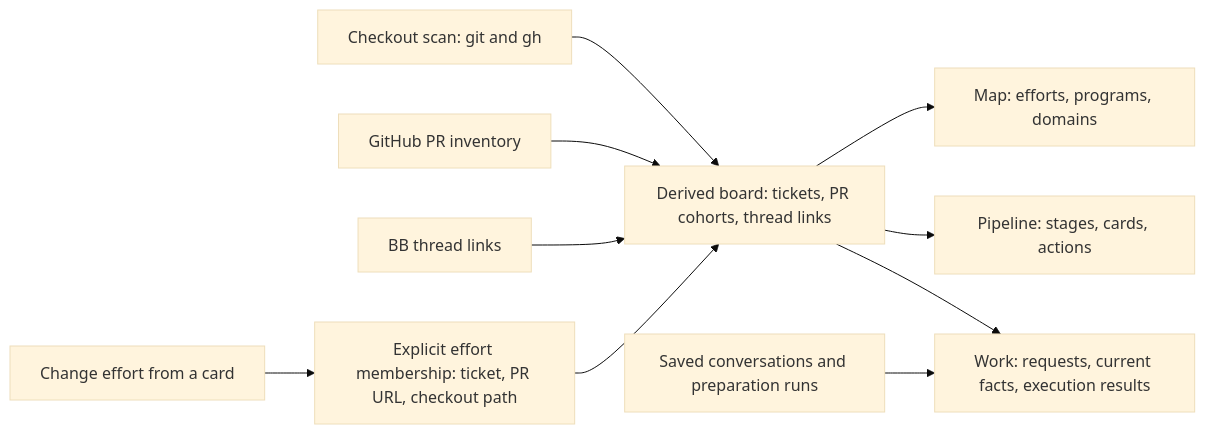
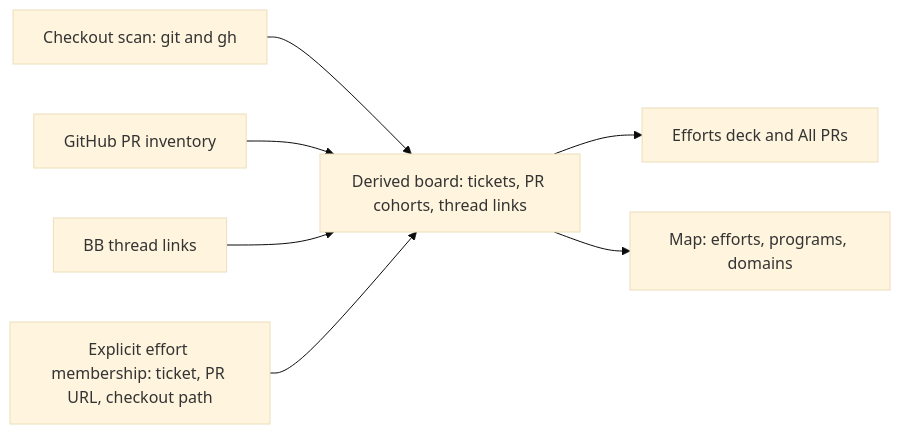
One commit to arashout/bb-plugins changed the first of 2 diagrams in plugins/workstreams/README.md. Above: the diagram before and after it, drawn with Mermaid (base theme). The commit also changed other lines of this file and 61 other files, not shown here.

First line of the commit message:
Remove the Pipeline, Work, and legacy Board views

````diff
--- a/plugins/workstreams/README.md
+++ b/plugins/workstreams/README.md
@@ -117,12 +115,9 @@
 ```mermaid
 flowchart LR
   scan["Checkout scan: git and gh"] --> context["Derived board: tickets, PR cohorts, thread links"]
   inventory["GitHub PR inventory"] --> context
   threads["BB thread links"] --> context
   members["Explicit effort membership: ticket, PR URL, checkout path"] --> context
+  context --> deck["Efforts deck and All PRs"]
   context --> map["Map: efforts, programs, domains"]
-  context --> pipeline["Pipeline: stages, cards, actions"]
-  context --> work["Work: requests, current facts, execution results"]
-  requests["Saved conversations and preparation runs"] --> work
-  change["Change effort from a card"] --> members
 ```
````
